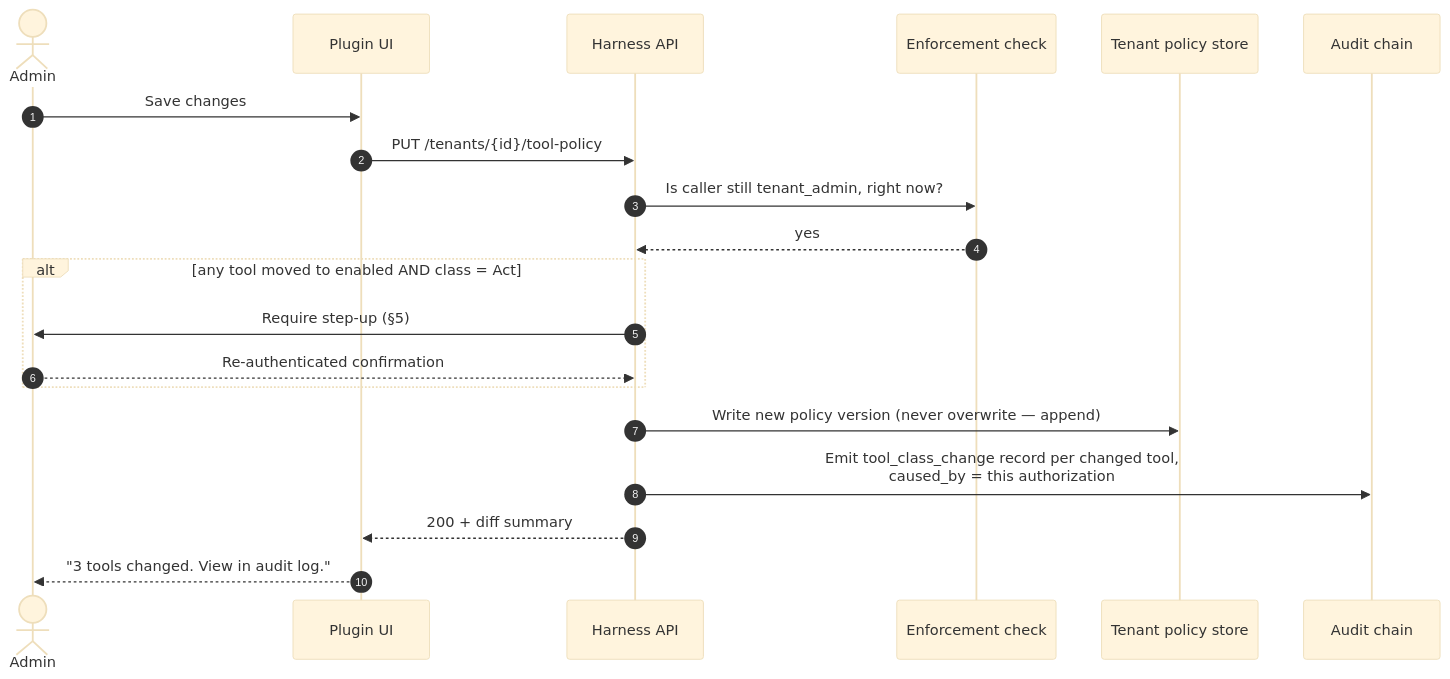
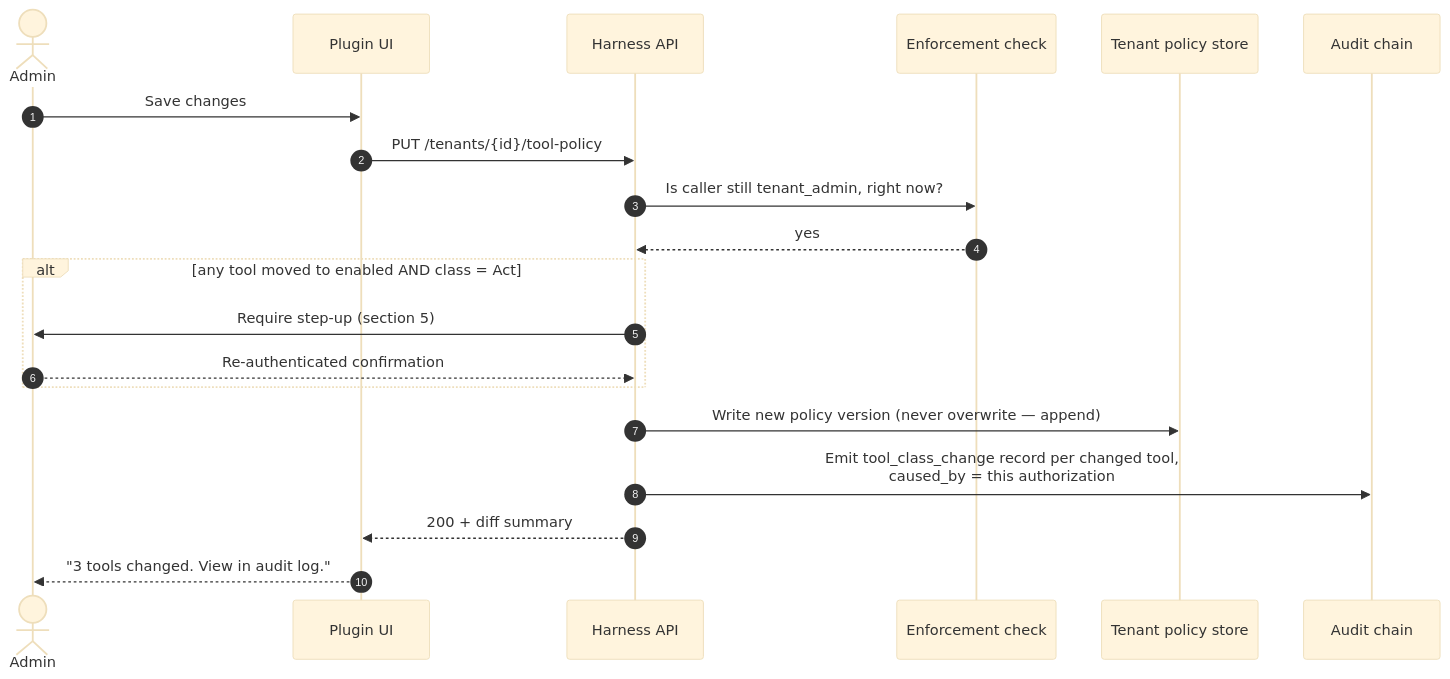
Before and after one commit to vikshana/graft-agent-harness: the diagram in docs/design/ux-mcp-tool-configuration.md, drawn with Mermaid (base theme). The commit also changed other lines of this file and 37 other files, not shown here.

````diff
--- a/docs/design/ux-mcp-tool-configuration.md
+++ b/docs/design/ux-mcp-tool-configuration.md
@@ -201,23 +201,23 @@
 ```mermaid
 sequenceDiagram
     autonumber
     actor Admin
     participant UI as Plugin UI
     participant API as Harness API
     participant AUTHZ as Enforcement check
     participant DB as Tenant policy store
     participant AUD as Audit chain
 
     Admin->>UI: Save changes
     UI->>API: PUT /tenants/{id}/tool-policy
     API->>AUTHZ: Is caller still tenant_admin, right now?
     AUTHZ-->>API: yes
     alt any tool moved to enabled AND class = Act
-        API->>Admin: Require step-up (§5)
+        API->>Admin: Require step-up (section 5)
         Admin-->>API: Re-authenticated confirmation
     end
     API->>DB: Write new policy version (never overwrite — append)
     API->>AUD: Emit tool_class_change record per changed tool,<br/>caused_by = this authorization
     API-->>UI: 200 + diff summary
     UI-->>Admin: "3 tools changed. View in audit log."
 ```
````
